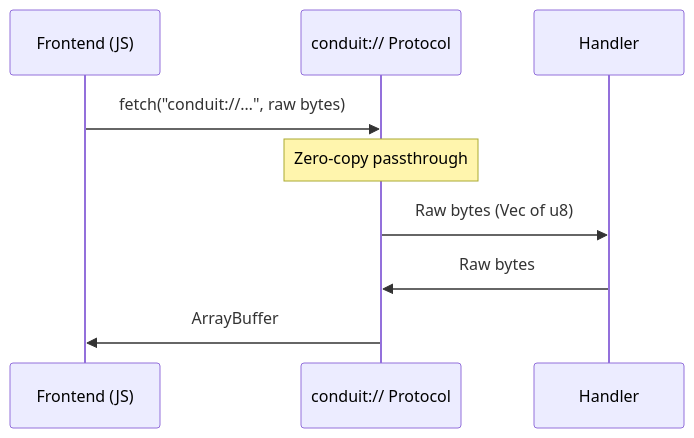
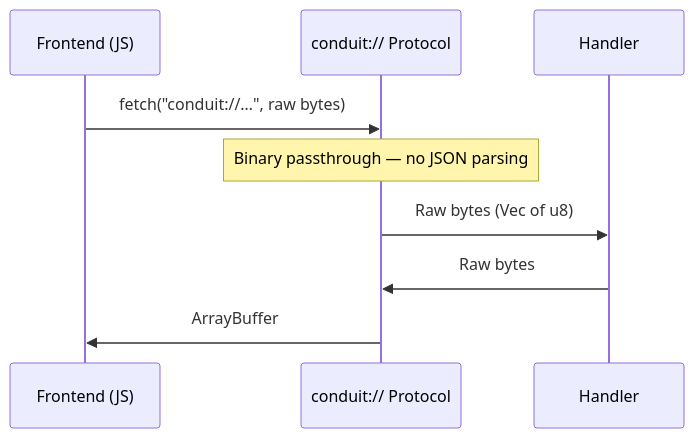
Before and after one commit to userFRM/tauri-conduit: the fifth of 5 diagrams in README.md, drawn with Mermaid. The commit also changed other lines of this file and 60 other files, not shown here.

````diff
--- a/README.md
+++ b/README.md
@@ -280,12 +291,12 @@
 ```mermaid
 sequenceDiagram
     participant JS as Frontend (JS)
     participant CP as conduit:// Protocol
     participant H as Handler
 
     JS->>CP: fetch("conduit://…", raw bytes)
-    Note over CP: Zero-copy passthrough
+    Note over CP: Binary passthrough — no JSON parsing
     CP->>H: Raw bytes (Vec of u8)
     H->>CP: Raw bytes
     CP->>JS: ArrayBuffer
 ```
````
